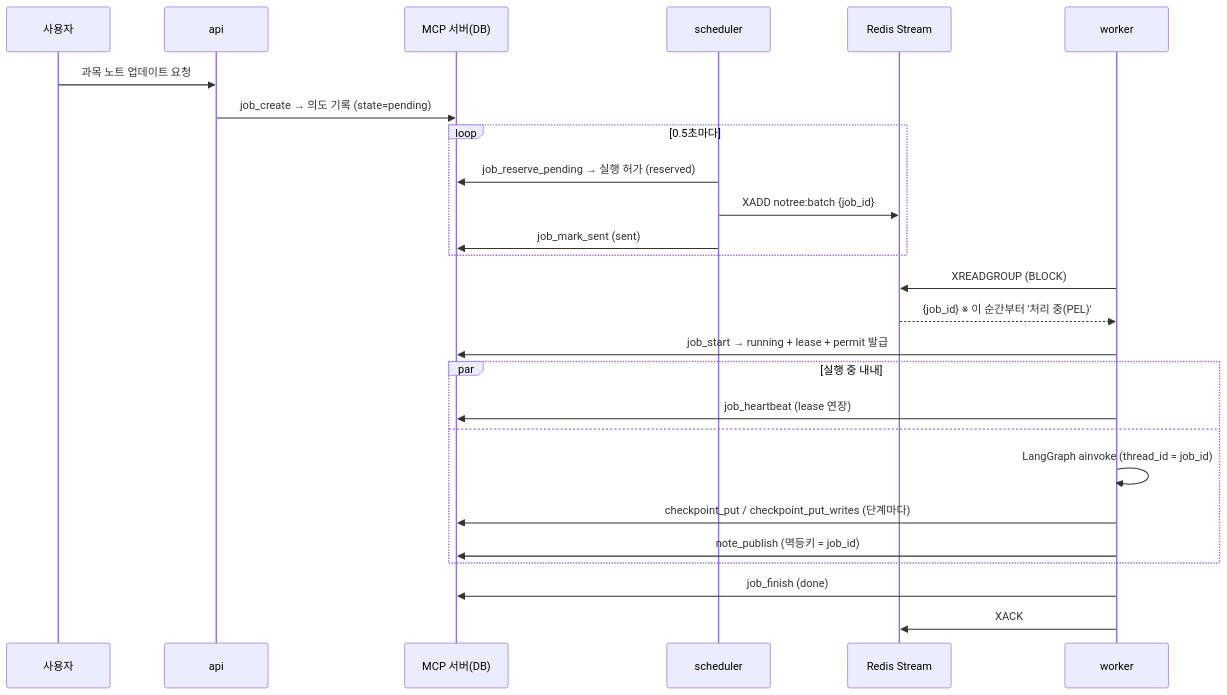
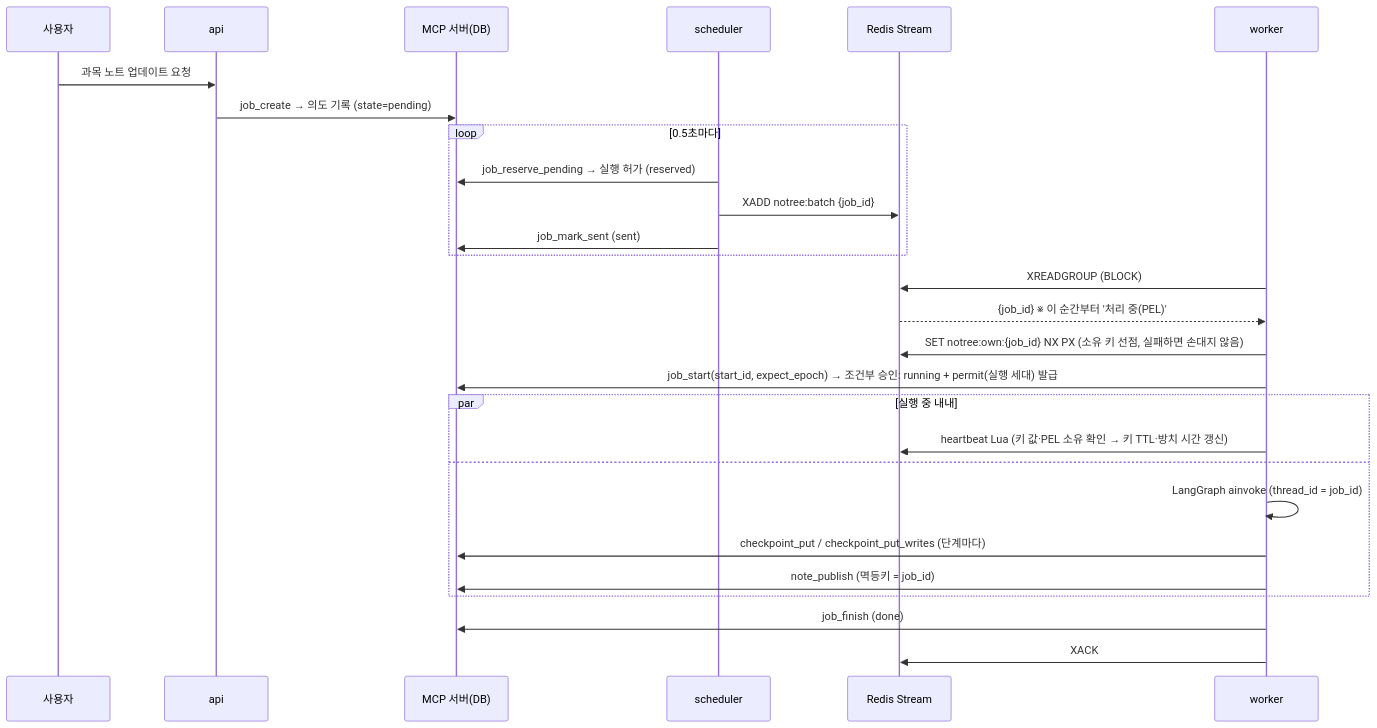
One commit to solremifa/notree-langgraph changed the diagram in docs/worker-flow.md. Above: the diagram before and after it, drawn with Mermaid. The commit also changed other lines of this file and 26 other files, not shown here.

First line of the commit message:
실행 시작 절차 수정(Redis 선점 → DB 조건부 승인), NOTREE_LIVENESS 기본값 redis

````diff
--- a/docs/worker-flow.md
+++ b/docs/worker-flow.md
@@ -22,29 +22,30 @@
 ```mermaid
 sequenceDiagram
     participant U as 사용자
     participant API as api
     participant M as MCP 서버(DB)
     participant S as scheduler
     participant R as Redis Stream
     participant W as worker
 
     U->>API: 과목 노트 업데이트 요청
     API->>M: job_create → 의도 기록 (state=pending)
     loop 0.5초마다
         S->>M: job_reserve_pending → 실행 허가 (reserved)
         S->>R: XADD notree:batch {job_id}
         S->>M: job_mark_sent (sent)
     end
     W->>R: XREADGROUP (BLOCK)
     R-->>W: {job_id}  ※ 이 순간부터 '처리 중(PEL)'
-    W->>M: job_start → running + lease + permit 발급
+    W->>R: SET notree:own:{job_id} NX PX (소유 키 선점, 실패하면 손대지 않음)
+    W->>M: job_start(start_id, expect_epoch) → 조건부 승인: running + permit(실행 세대) 발급
     par 실행 중 내내
-        W->>M: job_heartbeat (lease 연장)
+        W->>R: heartbeat Lua (키 값·PEL 소유 확인 → 키 TTL·방치 시간 갱신)
     and
         W->>W: LangGraph ainvoke (thread_id = job_id)
         W->>M: checkpoint_put / checkpoint_put_writes (단계마다)
         W->>M: note_publish (멱등키 = job_id)
     end
     W->>M: job_finish (done)
     W->>R: XACK
 ```
````
